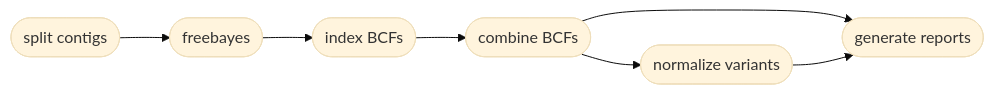
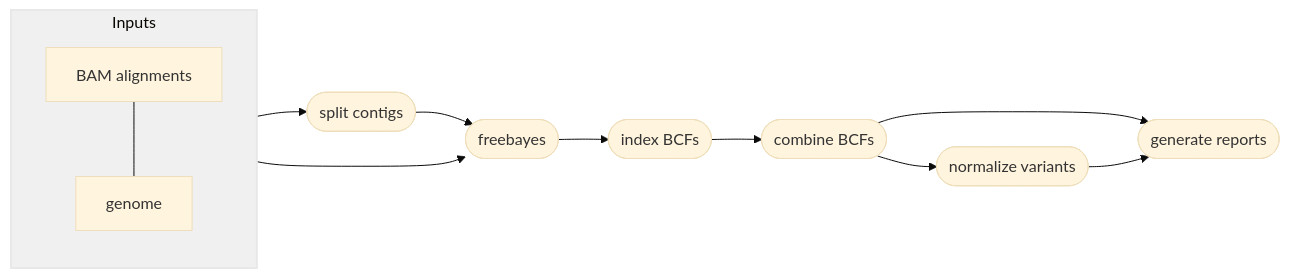
Before and after one commit to pdimens/harpy: the second of 2 diagrams in Modules/snp.md, drawn with Mermaid (base theme). The commit also changed other lines of this file and 10 other files, not shown here.

Commit message:
make all the mermaids nicer

````diff
--- a/Modules/snp.md
+++ b/Modules/snp.md
@@ -106,9 +111,14 @@
 ```mermaid
 graph LR
+    subgraph Inputs
+        aln[BAM alignments]---gen[genome]
+    end
+    Inputs --> B & A
     A([split contigs]) --> B([freebayes])
     B-->D([index BCFs])
     D-->E([combine BCFs])
     E-->G([normalize variants])
     E-->F([generate reports])
     G-->F
+    style Inputs fill:#f0f0f0,stroke:#e8e8e8,stroke-width:2px
 ```
````
